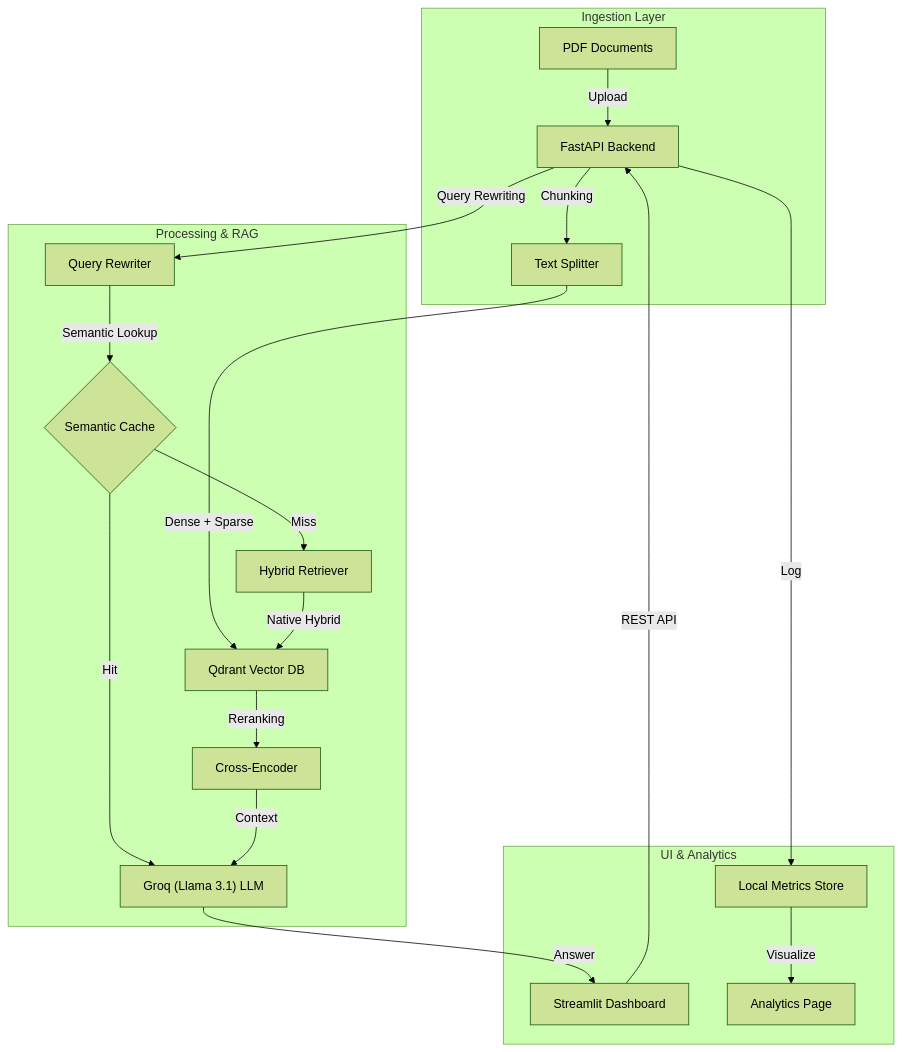
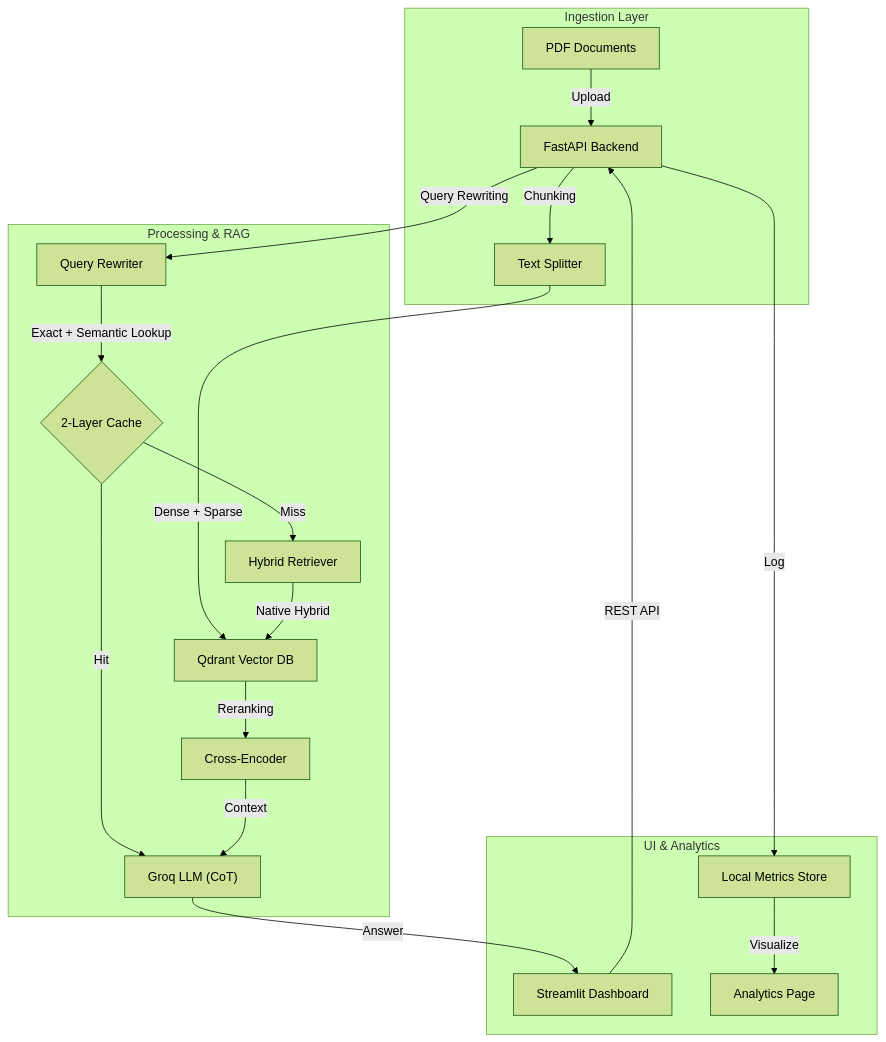
One commit to flxhrdyn/Documind changed the diagram in readme.md. Above: the diagram before and after it, drawn with Mermaid (forest theme). The commit also changed other lines of this file and 1 other file, not shown here.

````diff
--- a/readme.md
+++ b/readme.md
@@ -88,26 +130,26 @@
 ```mermaid
 graph TD
     subgraph Data_Layer [Ingestion Layer]
         PDF[PDF Documents] -->|Upload| API[FastAPI Backend]
         API -->|Chunking| Split[Text Splitter]
     end
-    
+
     subgraph Intelligence_Layer [Processing & RAG]
         Split -->|Dense + Sparse| QDR[Qdrant Vector DB]
-        
+
         API -->|Query Rewriting| Rewriter[Query Rewriter]
-        Rewriter -->|Semantic Lookup| Cache{Semantic Cache}
+        Rewriter -->|Exact + Semantic Lookup| Cache{2-Layer Cache}
         Cache -->|Miss| RAG[Hybrid Retriever]
         Cache -->|Hit| LLM
         RAG -->|Native Hybrid| QDR
         QDR -->|Reranking| Rerank[Cross-Encoder]
-        Rerank -->|Context| LLM["Groq (Llama 3.1) LLM"]
+        Rerank -->|Context| LLM["Groq LLM (CoT)"]
     end
-    
+
     subgraph Presentation_Layer [UI & Analytics]
         UI[Streamlit Dashboard] -->|REST API| API
         LLM -->|Answer| UI
         API -->|Log| Metrics[Local Metrics Store]
         Metrics -->|Visualize| Dashboard[Analytics Page]
     end
 ```
````
